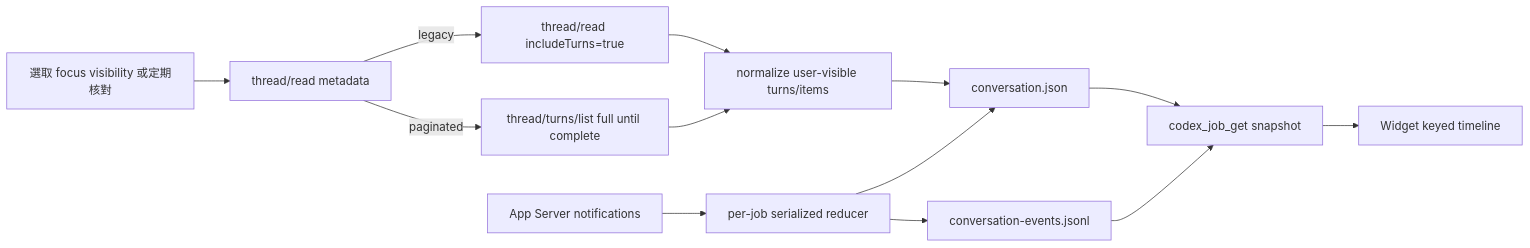
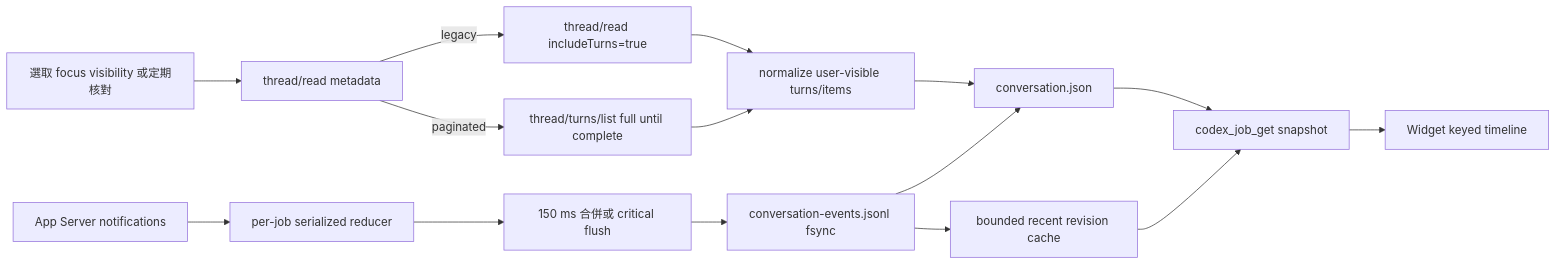
Before and after one commit to lulu930128/GPT_MCPtool: the diagram in codex_bridge/docs/ConversationModel.md, drawn with Mermaid. The commit also changed other lines of this file and 36 other files, not shown here.

````diff
--- a/codex_bridge/docs/ConversationModel.md
+++ b/codex_bridge/docs/ConversationModel.md
@@ -71,15 +141,17 @@
 ```mermaid
 flowchart LR
     A[選取 focus visibility 或定期核對] --> B[thread/read metadata]
     B -->|legacy| C1[thread/read includeTurns=true]
     B -->|paginated| C2[thread/turns/list full until complete]
     C1 --> C[normalize user-visible turns/items]
     C2 --> C
     C --> D[conversation.json]
     E[App Server notifications] --> F[per-job serialized reducer]
-    F --> D
-    F --> G[conversation-events.jsonl]
+    F --> W[150 ms 合併或 critical flush]
+    W --> G[conversation-events.jsonl fsync]
+    G --> D
+    G --> R[bounded recent revision cache]
     D --> H[codex_job_get snapshot]
-    G --> H
+    R --> H
     H --> I[Widget keyed timeline]
 ```
````
